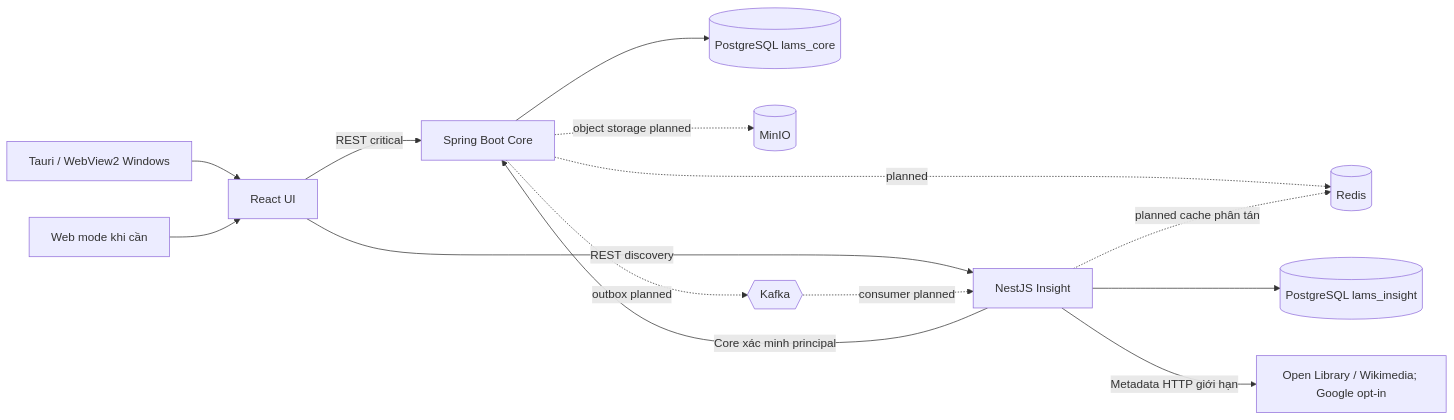
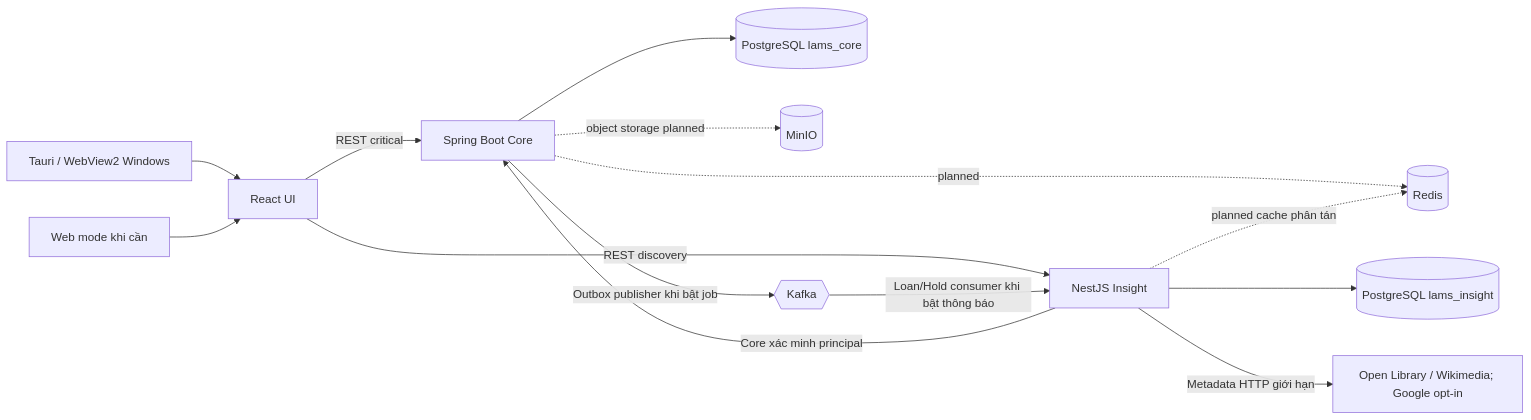
The diagram in tai-lieu/02-kien-truc/container-diagram.md (Shuuma4869/He-thong-quan-ly-va-khai-thac-thu-vien), drawn with Mermaid before and after one commit. The commit also changed other lines of this file and 2 other files, not shown here.

Commit message:
Cập nhật kiến trúc theo luồng sự kiện và tìm kiếm đã triển khai

````diff
--- a/tai-lieu/02-kien-truc/container-diagram.md
+++ b/tai-lieu/02-kien-truc/container-diagram.md
@@ -7,16 +7,16 @@
 ```mermaid
 flowchart LR
   Desktop[Tauri / WebView2 Windows] --> FE[React UI]
   Browser[Web mode khi cần] --> FE
   FE -->|REST critical| Core[Spring Boot Core]
   FE -->|REST discovery| Insight[NestJS Insight]
   Core --> CoreDB[(PostgreSQL lams_core)]
   Insight --> InsightDB[(PostgreSQL lams_insight)]
   Insight -->|Core xác minh principal| Core
   Insight -->|Metadata HTTP giới hạn| Provider[Open Library / Wikimedia; Google opt-in]
   Core -.planned.-> Redis[(Redis)]
   Insight -.planned cache phân tán.-> Redis
   Core -.object storage planned.-> MinIO[(MinIO)]
-  Core -.outbox planned.-> Kafka{{Kafka}}
-  Kafka -.consumer planned.-> Insight
+  Core -->|Outbox publisher khi bật job| Kafka{{Kafka}}
+  Kafka -->|Loan/Hold consumer khi bật thông báo| Insight
 ```
````
